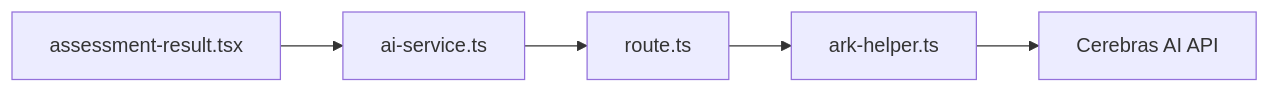
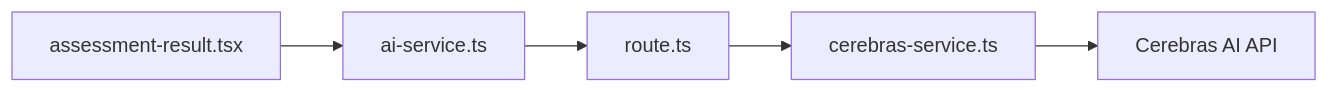
The fifth of 5 diagrams in .qoder/repowiki/zh/content/后端API接口/AI内容生成API/答案评分API.md (arthurlee116/english-listening-trainer), drawn with Mermaid before and after one commit. The commit also changed other lines of this file and 58 other files, not shown here.

````diff
--- a/.qoder/repowiki/zh/content/后端API接口/AI内容生成API/答案评分API.md
+++ b/.qoder/repowiki/zh/content/后端API接口/AI内容生成API/答案评分API.md
@@ -160,7 +170,7 @@
 ```mermaid
 graph LR
 assessment-result.tsx --> ai-service.ts
 ai-service.ts --> route.ts
-route.ts --> ark-helper.ts
-ark-helper.ts --> CerebrasAPI[Cerebras AI API]
+route.ts --> cerebras-service.ts
+cerebras-service.ts --> CerebrasAPI[Cerebras AI API]
 ```
````
